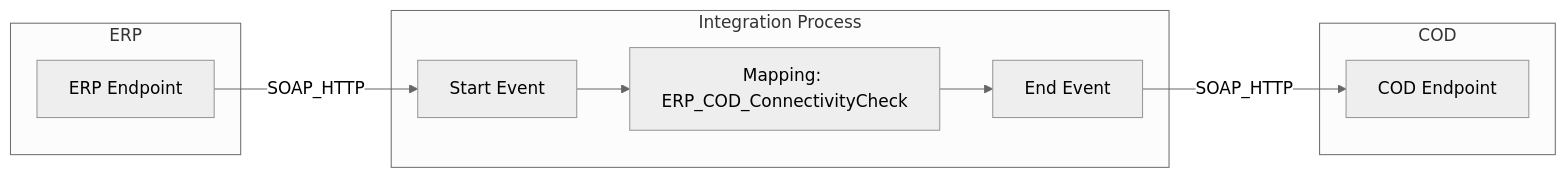
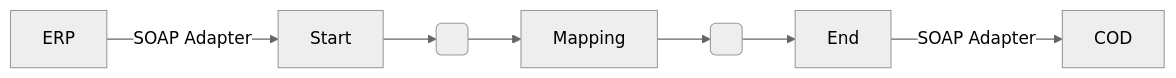
Before and after one commit to Avvale-IA-CICD/AvvaleCPI: the diagram in REPSOL - Demo IA Docs/Check_Connectivity_from_SAP_Business_Suite_-_REPSOL/1.0.4/readme.md, drawn with Mermaid (neutral theme). The commit also changed other lines of this file, not shown here.

Commit message:
docs: Add/update version README for REPSOL - Demo IA Docs/Check_Connectivity_from_SAP_Business_Suite_-_REPSOL/1.0.4

````diff
--- a/REPSOL - Demo IA Docs/Check_Connectivity_from_SAP_Business_Suite_-_REPSOL/1.0.4/readme.md
+++ b/REPSOL - Demo IA Docs/Check_Connectivity_from_SAP_Business_Suite_-_REPSOL/1.0.4/readme.md
@@ -4,16 +4,13 @@
 ```mermaid
 graph LR
-    subgraph ERP [ERP]
-        ERP_Endpoint[ERP Endpoint]
-    end
-    subgraph Integration_Process [Integration Process]
-        Start[Start Event] --> Mapping[Mapping: ERP_COD_ConnectivityCheck]
-        Mapping --> End[End Event]
-    end
-    subgraph COD [COD]
-        COD_Endpoint[COD Endpoint]
-    end
+    ERP[ERP]
+    COD[COD]
+    StartEvent_1[Start]
+    CallActivity_1[Mapping]
+    EndEvent_1[End]
 
-    ERP_Endpoint -- SOAP_HTTP --> Start
-    End -- SOAP_HTTP --> COD_Endpoint
+    ERP -- SOAP Adapter --> StartEvent_1
+    StartEvent_1 --> SequenceFlow_1( ) --> CallActivity_1
+    CallActivity_1 --> SequenceFlow_2( ) --> EndEvent_1
+    EndEvent_1 -- SOAP Adapter --> COD
 ```
````
